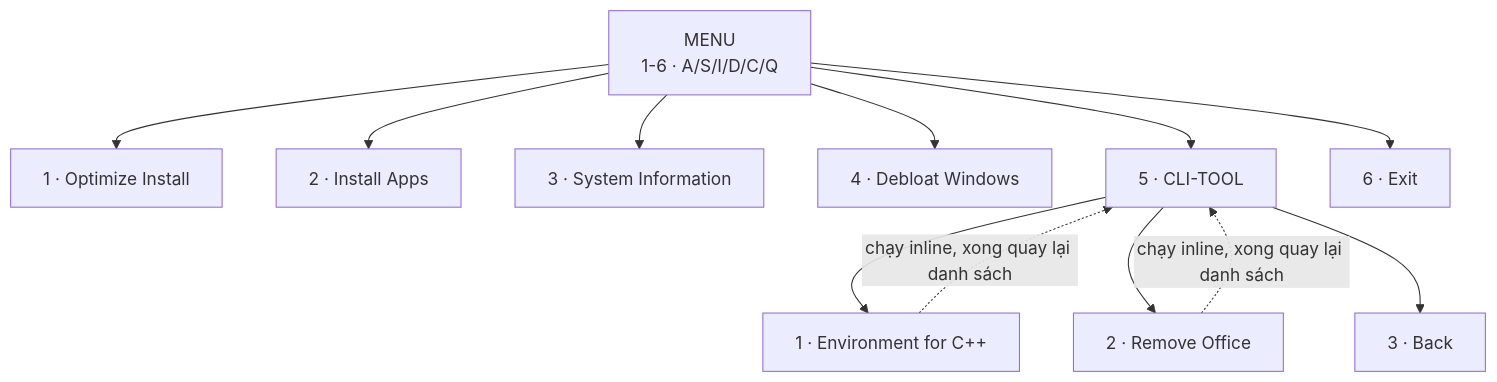
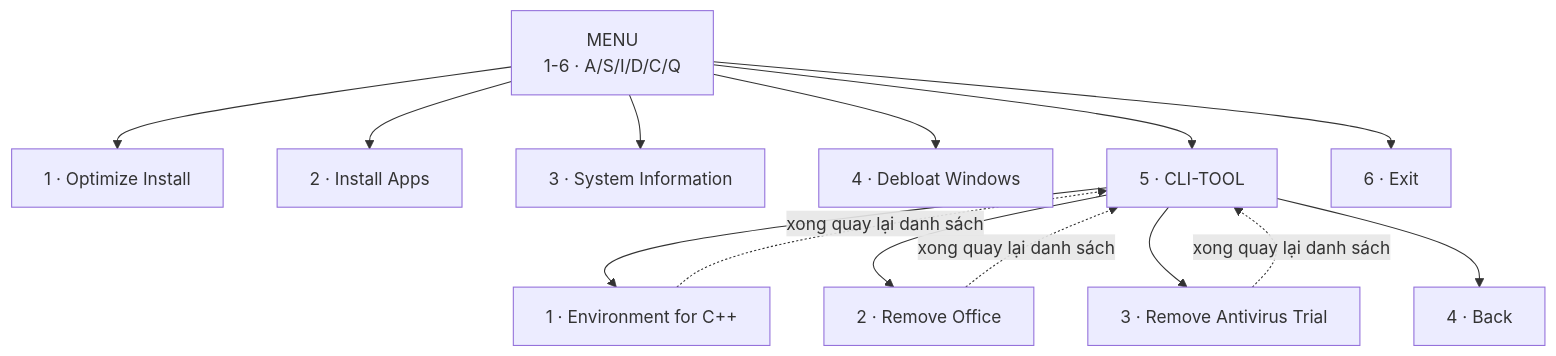
One commit to mson-ssh/miniapps changed the fourth of 8 diagrams in workflow.md. Above: the diagram before and after it, drawn with Mermaid. The commit also changed other lines of this file and 1 other file, not shown here.

First line of the commit message:
Add Remove Antivirus Trial to CLI-TOOL

````diff
--- a/workflow.md
+++ b/workflow.md
@@ -125,16 +125,18 @@
 ```mermaid
 flowchart TD
     MENU["MENU<br/>1-6 · A/S/I/D/C/Q"]
     MENU --> M1["1 · Optimize Install"]
     MENU --> M2["2 · Install Apps"]
     MENU --> M3["3 · System Information"]
     MENU --> M4["4 · Debloat Windows"]
     MENU --> M5["5 · CLI-TOOL"]
     MENU --> M6["6 · Exit"]
 
     M5 --> T1["1 · Environment for C++"]
     M5 --> T2["2 · Remove Office"]
-    M5 --> T3["3 · Back"]
-    T1 -.->|"chạy inline, xong quay lại danh sách"| M5
-    T2 -.->|"chạy inline, xong quay lại danh sách"| M5
+    M5 --> T3["3 · Remove Antivirus Trial"]
+    M5 --> T4["4 · Back"]
+    T1 -.->|"xong quay lại danh sách"| M5
+    T2 -.->|"xong quay lại danh sách"| M5
+    T3 -.->|"xong quay lại danh sách"| M5
 ```
````
